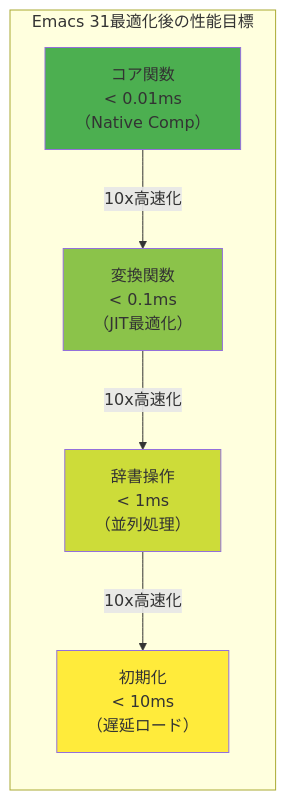
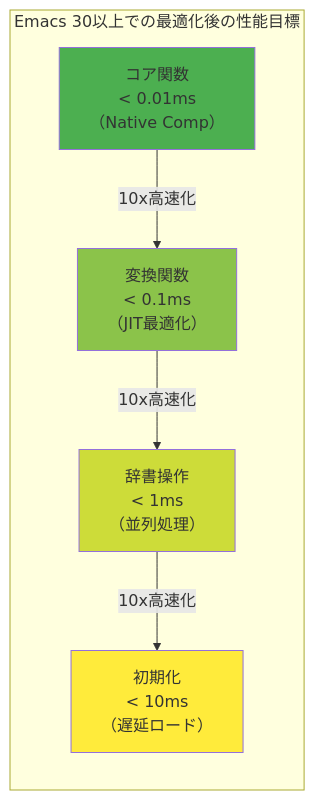
The diagram in docs/reference/api-reference.md (takeokunn/nskk.el), drawn with Mermaid before and after one commit. The commit also changed other lines of this file and 240 other files, not shown here.

````diff
--- a/docs/reference/api-reference.md
+++ b/docs/reference/api-reference.md
@@ -18,18 +18,18 @@
 ```mermaid
 graph LR
-    subgraph "Emacs 31最適化後の性能目標"
+    subgraph "Emacs 30以上での最適化後の性能目標"
         A[コア関数<br/>< 0.01ms<br/>（Native Comp）]
         B[変換関数<br/>< 0.1ms<br/>（JIT最適化）]
         C[辞書操作<br/>< 1ms<br/>（並列処理）]
         D[初期化<br/>< 10ms<br/>（遅延ロード）]
     end
 
     A -->|10x高速化| B
     B -->|10x高速化| C
     C -->|10x高速化| D
 
     style A fill:#4CAF50
     style B fill:#8BC34A
     style C fill:#CDDC39
     style D fill:#FFEB3B
 ```
````
